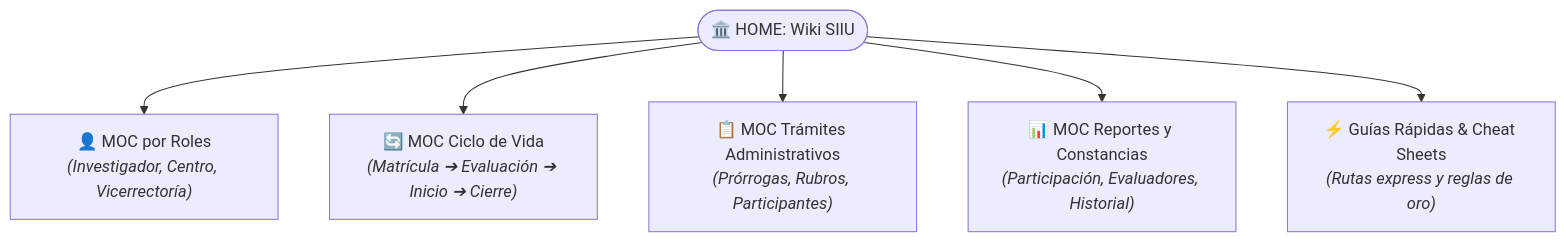
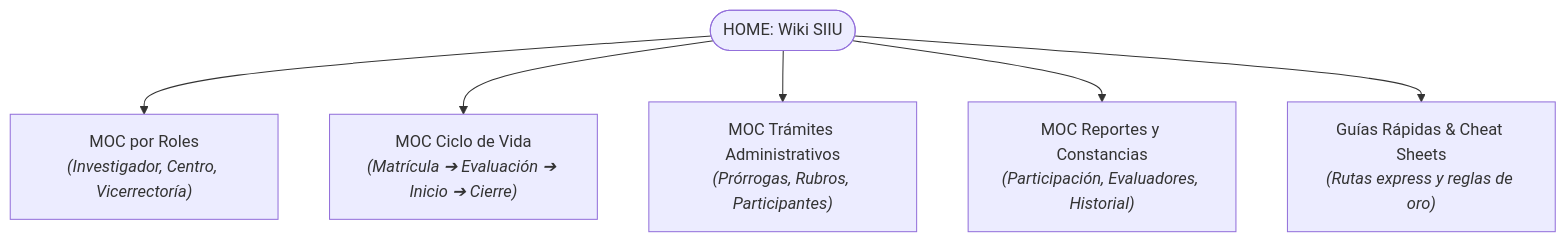
The diagram in wiki/00_INICIO_Y_MOCS/HOME.md (Colors-svg/Wiki), drawn with Mermaid before and after one commit. The commit also changed other lines of this file and 25 other files, not shown here.

````diff
--- a/wiki/00_INICIO_Y_MOCS/HOME.md
+++ b/wiki/00_INICIO_Y_MOCS/HOME.md
@@ -25,16 +25,16 @@
 ```mermaid
 flowchart TD
-    HOME(["🏛️ HOME: Wiki SIIU"])
+    HOME(["HOME: Wiki SIIU"])
     
-    HOME --> MOC_ROLES["👤 MOC por Roles<br><i>(Investigador, Centro, Vicerrectoría)</i>"]
-    HOME --> MOC_CICLO["🔄 MOC Ciclo de Vida<br><i>(Matrícula ➔ Evaluación ➔ Inicio ➔ Cierre)</i>"]
-    HOME --> MOC_TRAMITES["📋 MOC Trámites Administrativos<br><i>(Prórrogas, Rubros, Participantes)</i>"]
-    HOME --> MOC_REPORTES["📊 MOC Reportes y Constancias<br><i>(Participación, Evaluadores, Historial)</i>"]
-    HOME --> CHEAT["⚡ Guías Rápidas & Cheat Sheets<br><i>(Rutas express y reglas de oro)</i>"]
+    HOME --> MOC_ROLES["MOC por Roles<br><i>(Investigador, Centro, Vicerrectoría)</i>"]
+    HOME --> MOC_CICLO["MOC Ciclo de Vida<br><i>(Matrícula ➔ Evaluación ➔ Inicio ➔ Cierre)</i>"]
+    HOME --> MOC_TRAMITES["MOC Trámites Administrativos<br><i>(Prórrogas, Rubros, Participantes)</i>"]
+    HOME --> MOC_REPORTES["MOC Reportes y Constancias<br><i>(Participación, Evaluadores, Historial)</i>"]
+    HOME --> CHEAT["Guías Rápidas & Cheat Sheets<br><i>(Rutas express y reglas de oro)</i>"]
 
     click MOC_ROLES "[[MOC_Por_Roles]]"
     click MOC_CICLO "[[MOC_Ciclo_de_Vida_Proyectos]]"
     click MOC_TRAMITES "[[MOC_Tramites_y_Solicitudes]]"
     click MOC_REPORTES "[[MOC_Reportes_y_Constancias]]"
     click CHEAT "[[Reglas_Oro_SIIU]]"
 ```
````
